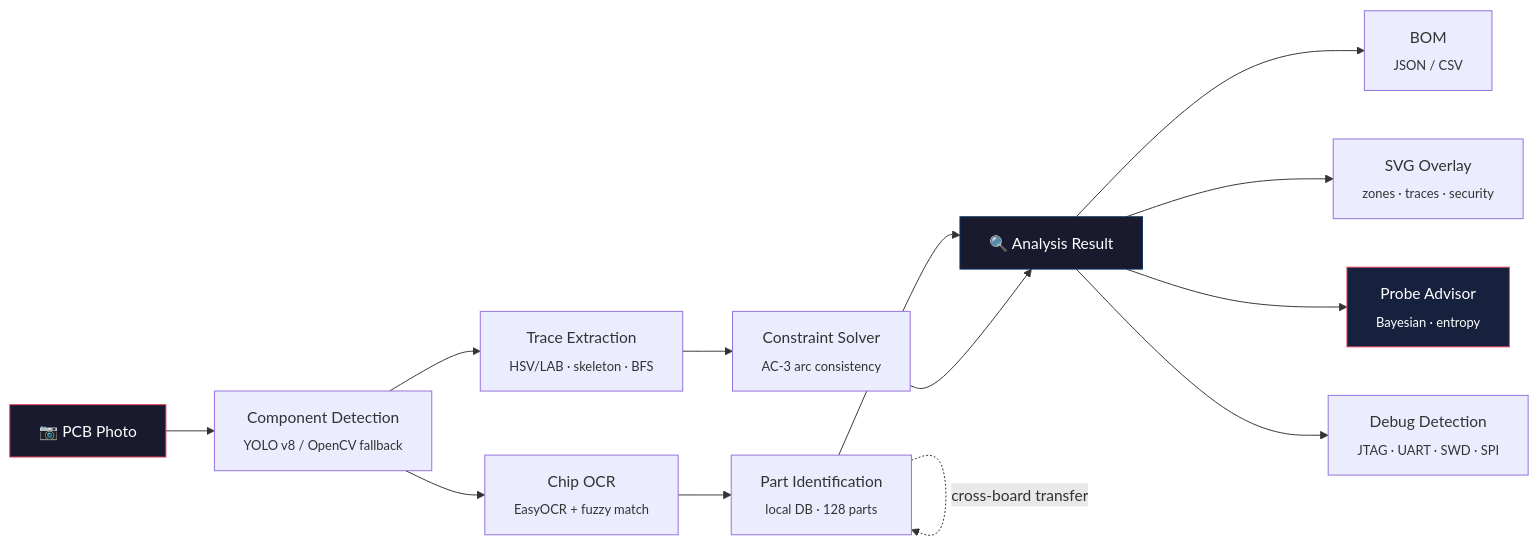
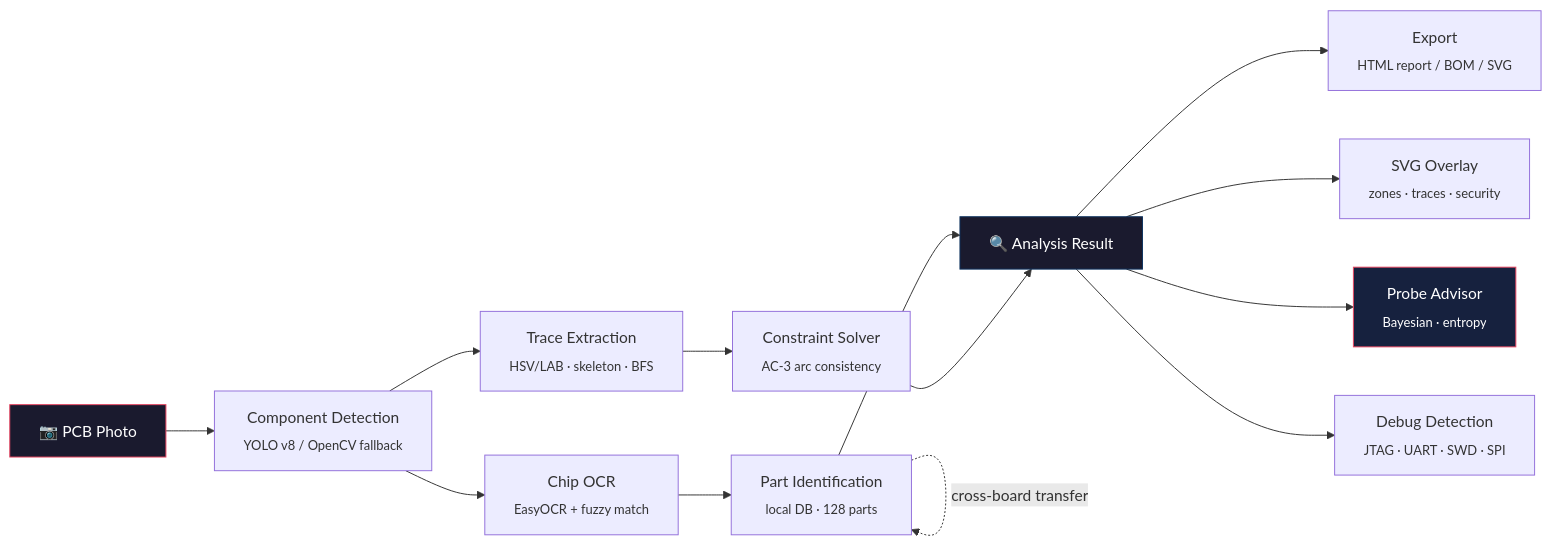
One commit to ericrihm/retrace changed the diagram in README.md. Above: the diagram before and after it, drawn with Mermaid. The commit also changed other lines of this file and 27 other files, not shown here.

First line of the commit message:
feat: HTML assessment report, BOM SVG table, report-html CLI command

````diff
--- a/README.md
+++ b/README.md
@@ -190,19 +190,19 @@
 ```mermaid
 graph LR
     A["📷 PCB Photo"] --> B["Component Detection\n<sub>YOLO v8 / OpenCV fallback</sub>"]
     B --> C["Chip OCR\n<sub>EasyOCR + fuzzy match</sub>"]
     B --> D["Trace Extraction\n<sub>HSV/LAB · skeleton · BFS</sub>"]
     C --> E["Part Identification\n<sub>local DB · 128 parts</sub>"]
     D --> F["Constraint Solver\n<sub>AC-3 arc consistency</sub>"]
     E --> G["🔍 Analysis Result"]
     E -.->|"cross-board transfer"| E
     F --> G
-    G --> H["BOM\n<sub>JSON / CSV</sub>"]
+    G --> H["Export\n<sub>HTML report / BOM / SVG</sub>"]
     G --> I["SVG Overlay\n<sub>zones · traces · security</sub>"]
     G --> J["Probe Advisor\n<sub>Bayesian · entropy</sub>"]
     G --> K["Debug Detection\n<sub>JTAG · UART · SWD · SPI</sub>"]
 
     style A fill:#1a1a2e,stroke:#e94560,color:#fff
     style G fill:#1a1a2e,stroke:#0f3460,color:#fff
     style J fill:#16213e,stroke:#e94560,color:#fff
 ```
````
